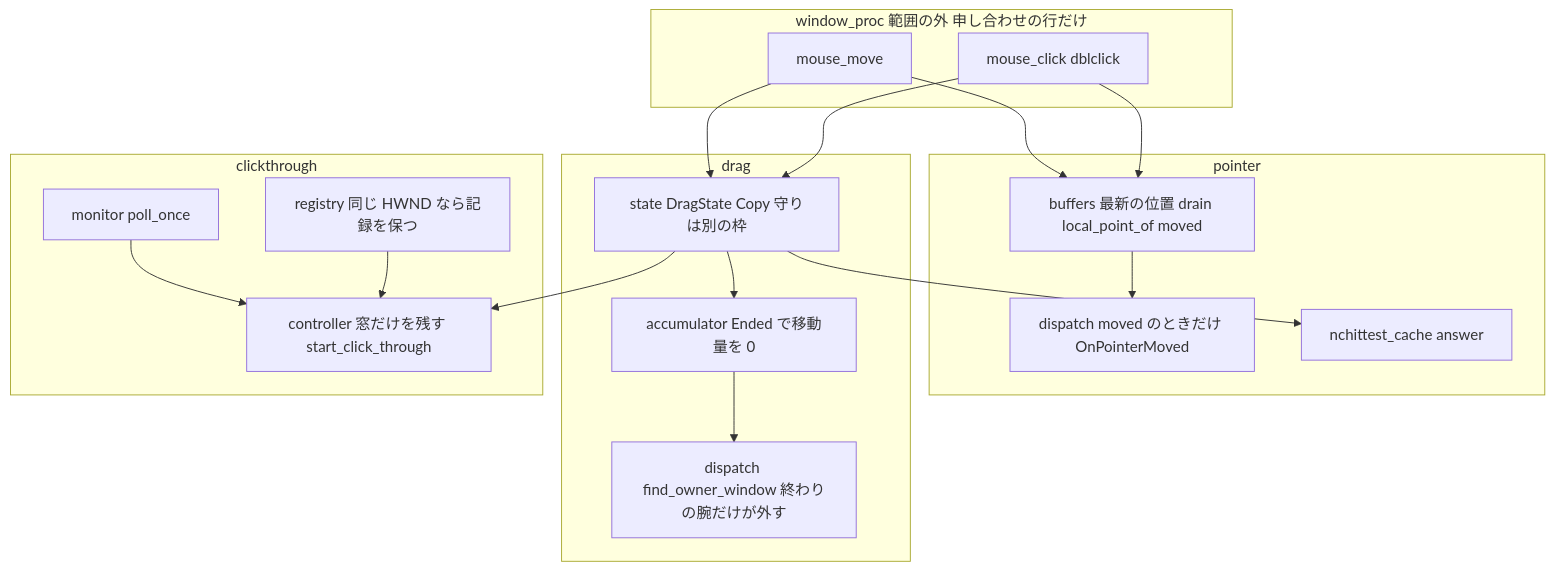
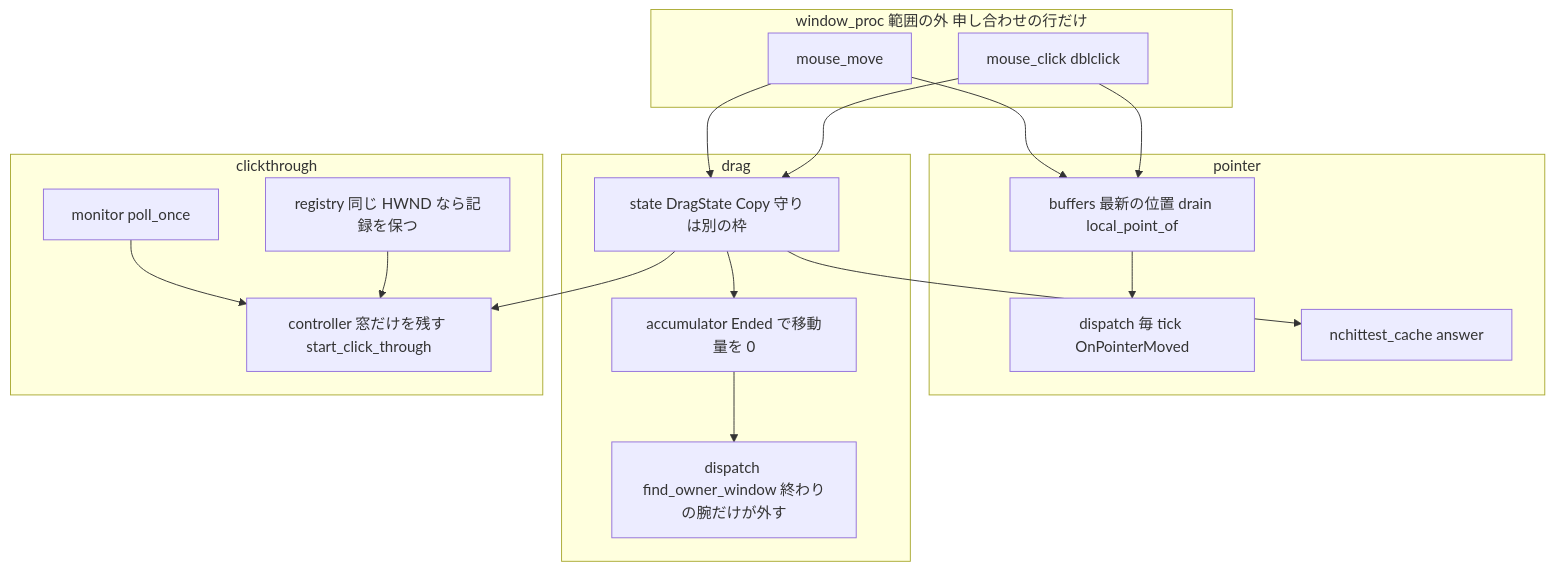
The first of 2 diagrams in .kiro/specs/audit-wintf-input/design.md (ekicyou/areka), drawn with Mermaid before and after one commit. The commit also changed other lines of this file and 2 other files, not shown here.

````diff
--- a/.kiro/specs/audit-wintf-input/design.md
+++ b/.kiro/specs/audit-wintf-input/design.md
@@ -79,32 +79,32 @@
 ```mermaid
 graph TB
     subgraph WndProc[window_proc 範囲の外 申し合わせの行だけ]
         Move[mouse_move]
         Click[mouse_click dblclick]
     end
     subgraph Pointer[pointer]
-        Buffers[buffers 最新の位置 drain local_point_of moved]
-        PDispatch[dispatch moved のときだけ OnPointerMoved]
+        Buffers[buffers 最新の位置 drain local_point_of]
+        PDispatch[dispatch 毎 tick OnPointerMoved]
         Nchit[nchittest_cache answer]
     end
     subgraph Drag[drag]
         State[state DragState Copy 守りは別の枠]
         Acc[accumulator Ended で移動量を 0]
         DDispatch[dispatch find_owner_window 終わりの腕だけが外す]
     end
     subgraph Click2[clickthrough]
         Registry[registry 同じ HWND なら記録を保つ]
         Controller[controller 窓だけを残す start_click_through]
         Monitor[monitor poll_once]
     end
     Move --> Buffers
     Move --> State
     Click --> Buffers
     Click --> State
     State --> Acc --> DDispatch
     Buffers --> PDispatch
     State --> Nchit
     State --> Controller
     Monitor --> Controller
     Registry --> Controller
 ```
````
